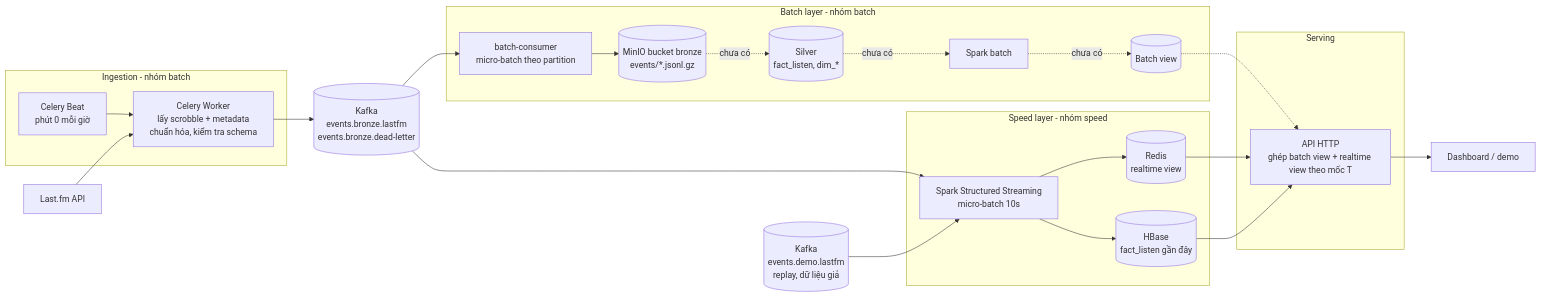
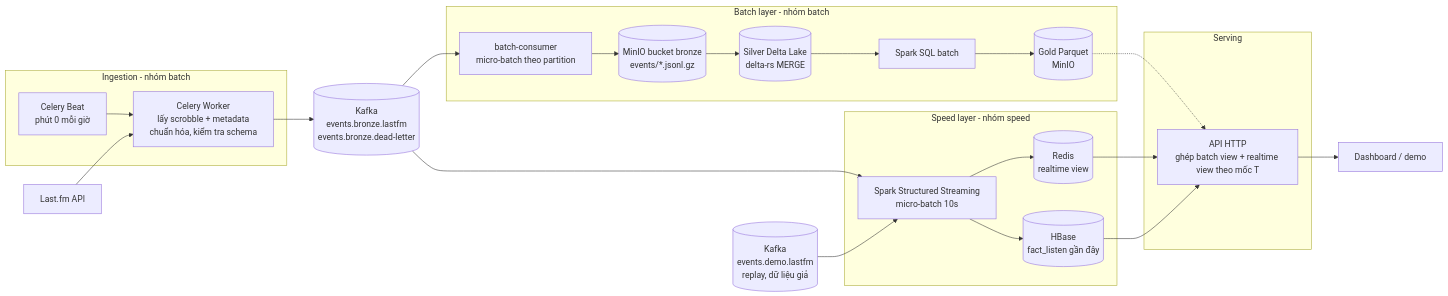
Before and after one commit to taihb2005/bigdata-music-analytics: the diagram in docs/architecture.md, drawn with Mermaid. The commit also changed other lines of this file and 16 other files, not shown here.

````diff
--- a/docs/architecture.md
+++ b/docs/architecture.md
@@ -21,37 +21,37 @@
 ```mermaid
 flowchart LR
     LF[Last.fm API]
 
     subgraph ING[Ingestion - nhóm batch]
         BEAT[Celery Beat<br/>phút 0 mỗi giờ] --> WK[Celery Worker<br/>lấy scrobble + metadata<br/>chuẩn hóa, kiểm tra schema]
     end
 
     LF --> WK
     WK --> K[(Kafka<br/>events.bronze.lastfm<br/>events.bronze.dead-letter)]
 
     subgraph BATCH[Batch layer - nhóm batch]
         C[batch-consumer<br/>micro-batch theo partition] --> BR[(MinIO bucket bronze<br/>events/*.jsonl.gz)]
-        BR -.chưa có.-> SV[(Silver<br/>fact_listen, dim_*)]
-        SV -.chưa có.-> SB[Spark batch]
-        SB -.chưa có.-> BV[(Batch view)]
+        BR --> SV[(Silver Delta Lake<br/>delta-rs MERGE)]
+        SV --> SB[Spark SQL batch]
+        SB --> BV[(Gold Parquet<br/>MinIO)]
     end
 
     subgraph SPEED[Speed layer - nhóm speed]
         SS[Spark Structured Streaming<br/>micro-batch 10s] --> RV[(Redis<br/>realtime view)]
         SS --> HB[(HBase<br/>fact_listen gần đây)]
     end
 
     DEMO[(Kafka<br/>events.demo.lastfm<br/>replay, dữ liệu giả)]
     K --> C
     K --> SS
     DEMO --> SS
 
     subgraph SERVE[Serving]
         API[API HTTP<br/>ghép batch view + realtime view theo mốc T]
     end
 
     BV -.-> API
     RV --> API
     HB --> API
     API --> UI[Dashboard / demo]
 ```
````
